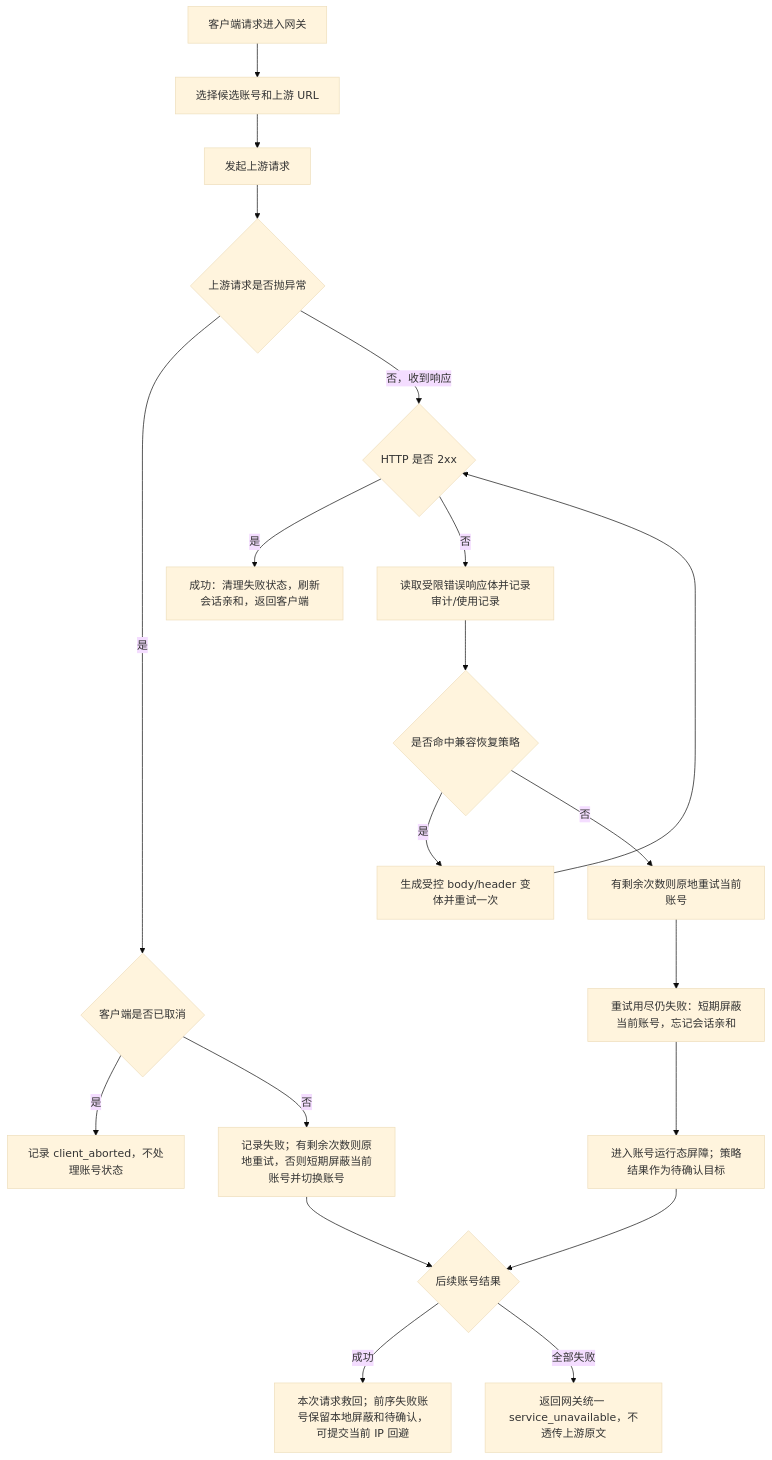
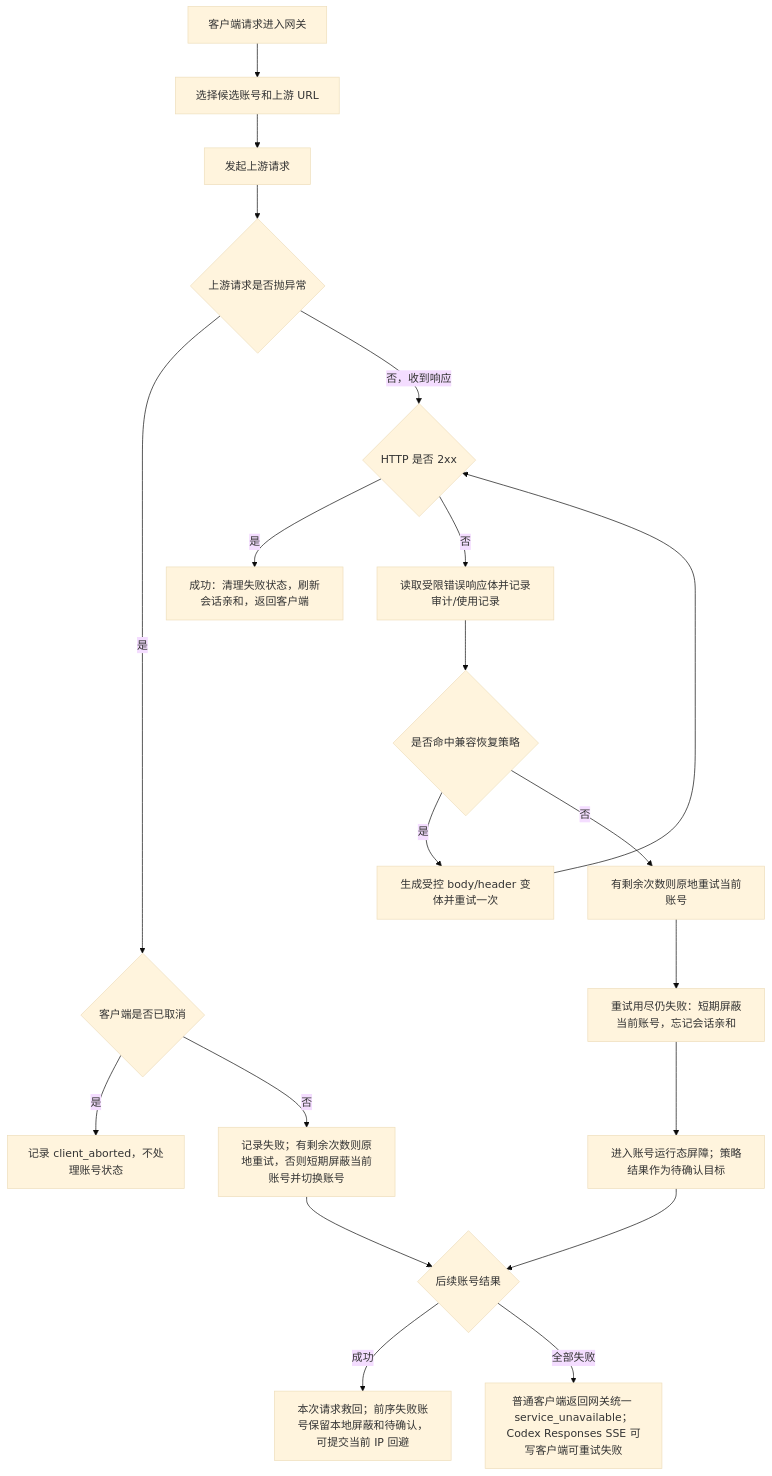
The first of 3 diagrams in docs/functions/网关异常重试与兜底策略.md (huanmin123/juhe-ai), drawn with Mermaid (base theme) before and after one commit. The commit also changed other lines of this file and 138 other files, not shown here.

````diff
--- a/docs/functions/网关异常重试与兜底策略.md
+++ b/docs/functions/网关异常重试与兜底策略.md
@@ -38,23 +39,23 @@
 ```mermaid
 flowchart TD
   A["客户端请求进入网关"] --> B["选择候选账号和上游 URL"]
   B --> C["发起上游请求"]
   C --> D{"上游请求是否抛异常"}
   D -- "是" --> E{"客户端是否已取消"}
   E -- "是" --> F["记录 client_aborted，不处理账号状态"]
   E -- "否" --> I["记录失败；有剩余次数则原地重试，否则短期屏蔽当前账号并切换账号"]
 
   D -- "否，收到响应" --> J{"HTTP 是否 2xx"}
   J -- "是" --> K["成功：清理失败状态，刷新会话亲和，返回客户端"]
   J -- "否" --> L["读取受限错误响应体并记录审计/使用记录"]
   L --> Q{"是否命中兼容恢复策略"}
   Q -- "是" --> Q1["生成受控 body/header 变体并重试一次"]
   Q -- "否" --> R["有剩余次数则原地重试当前账号"]
   Q1 --> J
   R --> X["重试用尽仍失败：短期屏蔽当前账号，忘记会话亲和"]
   X --> P["进入账号运行态屏障；策略结果作为待确认目标"]
   P --> T{"后续账号结果"}
   I --> T
   T -- "成功" --> U["本次请求救回；前序失败账号保留本地屏蔽和待确认，可提交当前 IP 回避"]
-  T -- "全部失败" --> W["返回网关统一 service_unavailable，不透传上游原文"]
+  T -- "全部失败" --> W["普通客户端返回网关统一 service_unavailable；Codex Responses SSE 可写客户端可重试失败"]
 ```
````
